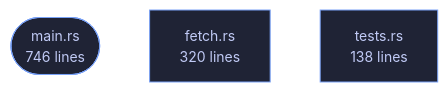
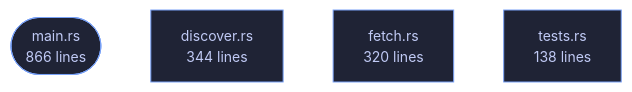
One commit to tilas01/veilvoice changed the diagram in wiki/Crate-veilvoice-verify.md. Above: the diagram before and after it, drawn with Mermaid. The commit also changed other lines of this file and 18 other files, not shown here.

````diff
--- a/wiki/Crate-veilvoice-verify.md
+++ b/wiki/Crate-veilvoice-verify.md
@@ -59,10 +59,12 @@
 ```mermaid
 %%{init: {"theme":"base","themeVariables":{"background":"#1a1b26","primaryColor":"#1f2335","primaryTextColor":"#c0caf5","primaryBorderColor":"#7aa2f7","secondaryColor":"#16161e","tertiaryColor":"#16161e","lineColor":"#737aa2","textColor":"#c0caf5","mainBkg":"#1f2335","nodeBorder":"#7aa2f7","clusterBkg":"#16161e","clusterBorder":"#2f3549","fontFamily":"ui-monospace, SFMono-Regular, Consolas, monospace","fontSize":"14px"}}}%%
 flowchart TD
-    n_main(["main.rs<br/>746 lines"])
+    n_main(["main.rs<br/>866 lines"])
+    n_discover["discover.rs<br/>344 lines"]
     n_fetch["fetch.rs<br/>320 lines"]
     n_tests["tests.rs<br/>138 lines"]
     click n_main href "https://github.com/tilas01/veilvoice/blob/main/crates/veilvoice-verify/src/main.rs" "open the source"
+    click n_discover href "https://github.com/tilas01/veilvoice/blob/main/crates/veilvoice-verify/src/discover.rs" "open the source"
     click n_fetch href "https://github.com/tilas01/veilvoice/blob/main/crates/veilvoice-verify/src/fetch.rs" "open the source"
     click n_tests href "https://github.com/tilas01/veilvoice/blob/main/crates/veilvoice-verify/src/tests.rs" "open the source"
 ```
````
